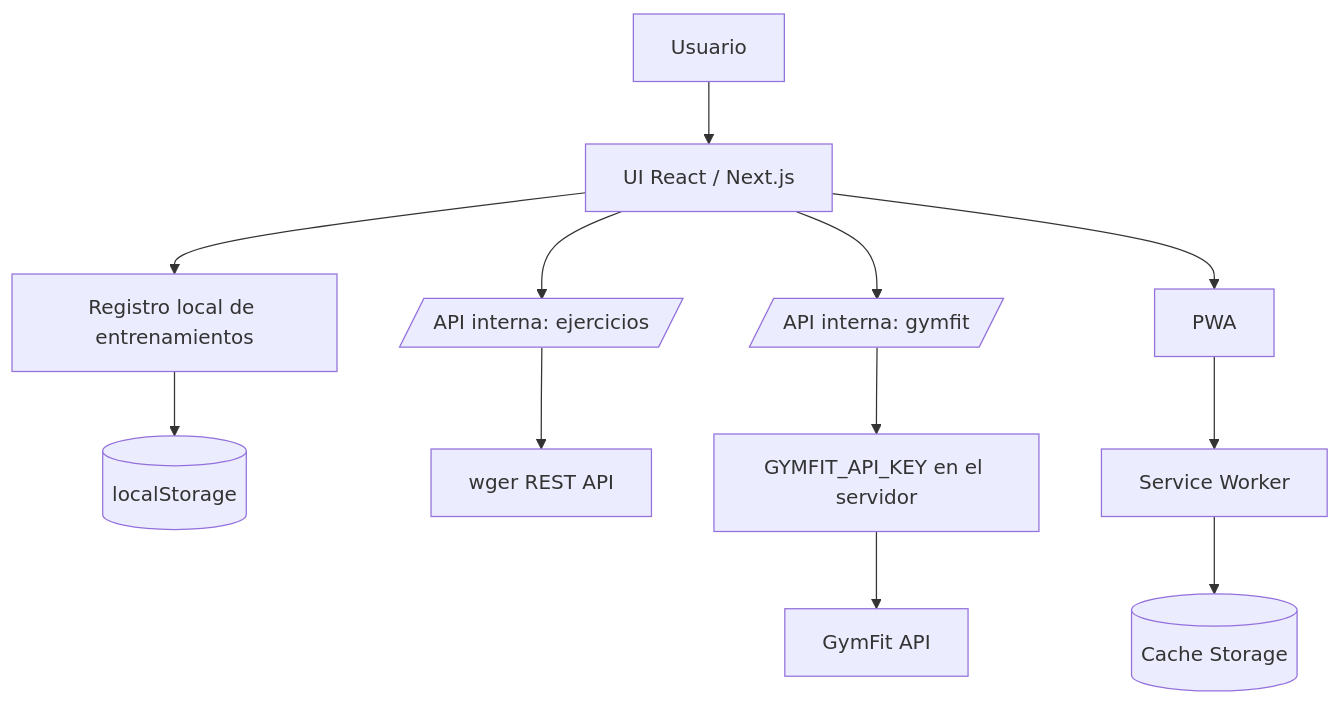
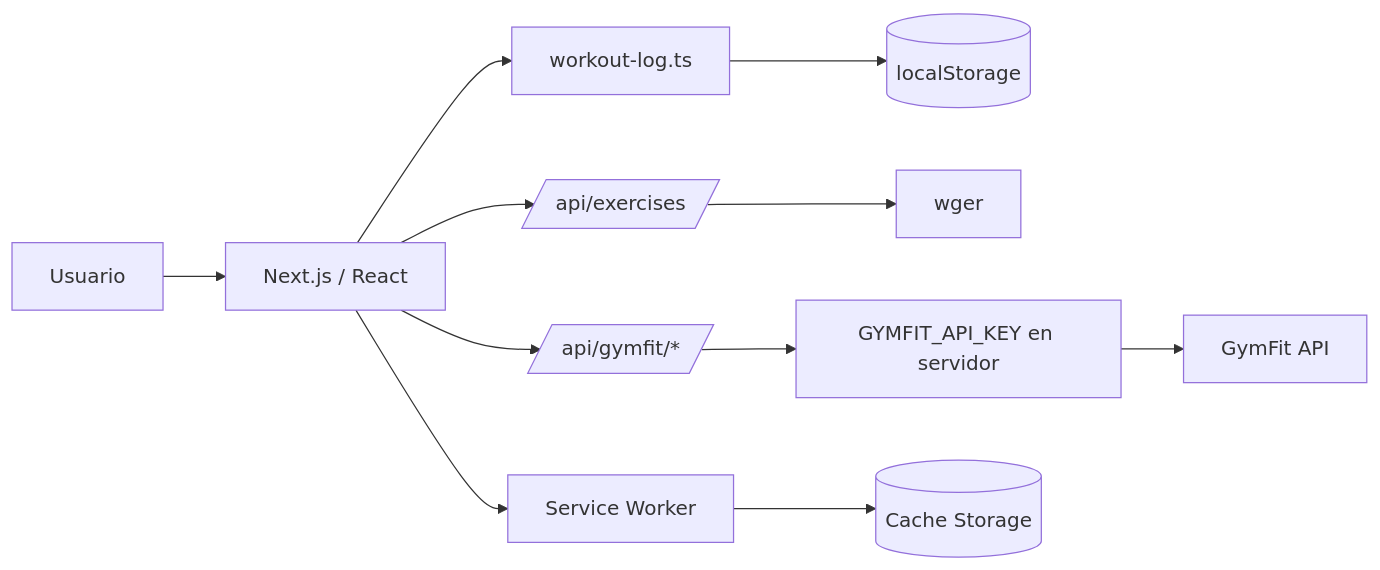
One commit to Leracius/GYM-APP changed the diagram in DOCUMENTACION.md. Above: the diagram before and after it, drawn with Mermaid. The commit also changed other lines of this file and 6 other files, not shown here.

````diff
--- a/DOCUMENTACION.md
+++ b/DOCUMENTACION.md
@@ -29,17 +214,13 @@
 ```mermaid
-flowchart TD
-  U[Usuario] --> UI[UI React / Next.js]
-  UI --> LOG[Registro local de entrenamientos]
-  LOG --> LS[(localStorage)]
-
-  UI --> WGER_API[/API interna: ejercicios/]
-  WGER_API --> WGER[wger REST API]
-
-  UI --> GYMFIT_API[/API interna: gymfit/]
-  GYMFIT_API --> KEY[GYMFIT_API_KEY en el servidor]
-  KEY --> GYMFIT[GymFit API]
-
-  UI --> PWA[PWA]
-  PWA --> SW[Service Worker]
-  SW --> CACHE[(Cache Storage)]
+flowchart LR
+  U[Usuario] --> UI[Next.js / React]
+  UI --> WL[workout-log.ts]
+  WL --> LS[(localStorage)]
+  UI --> W[/api/exercises/]
+  W --> WG[wger]
+  UI --> G[/api/gymfit/*/]
+  G --> ENV[GYMFIT_API_KEY en servidor]
+  ENV --> GF[GymFit API]
+  UI --> SW[Service Worker]
+  SW --> CS[(Cache Storage)]
 ```
````
